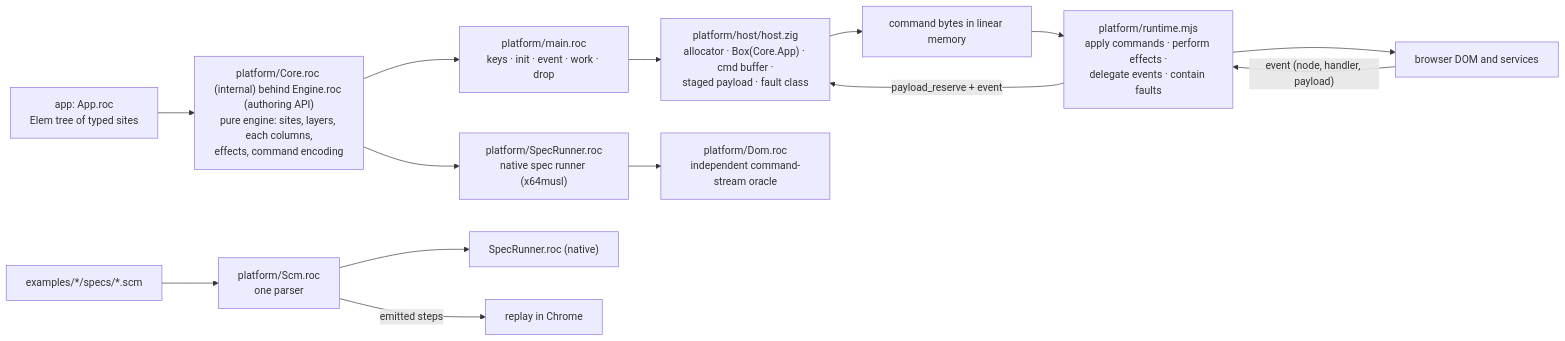
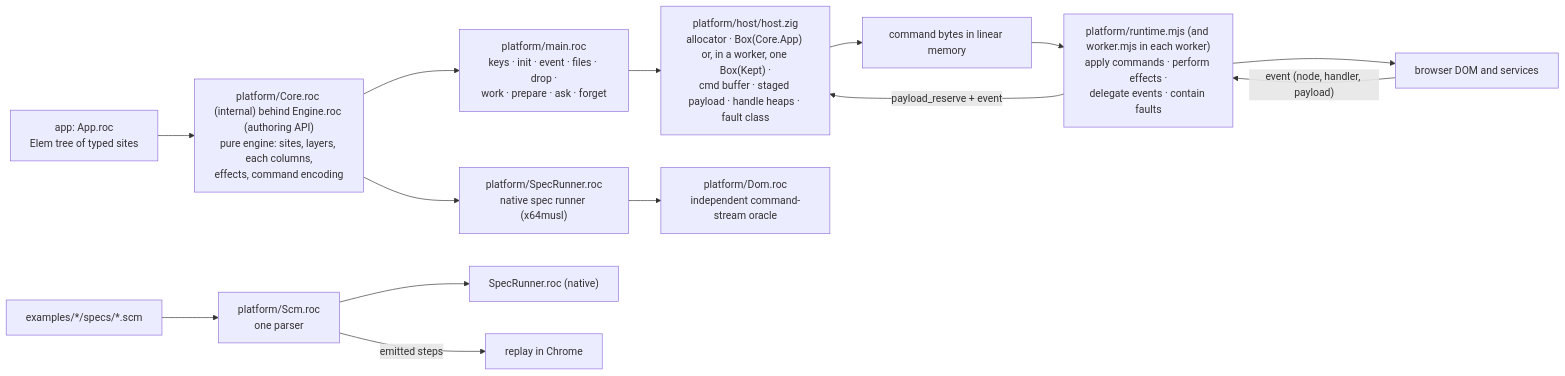
One commit to lukewilliamboswell/roc-signals changed the diagram in design.md. Above: the diagram before and after it, drawn with Mermaid. The commit also changed other lines of this file, not shown here.

First line of the commit message:
Bring design.md up to the worker host

````diff
--- a/design.md
+++ b/design.md
@@ -257,17 +263,17 @@
 ```mermaid
 flowchart LR
     App["app: App.roc<br/>Elem tree of typed sites"] --> Engine["platform/Core.roc (internal) behind Engine.roc (authoring API)<br/>pure engine: sites, layers, each columns,<br/>effects, command encoding"]
-    Engine --> Main["platform/main.roc<br/>keys · init · event · work · drop"]
-    Main --> Host["platform/host/host.zig<br/>allocator · Box(Core.App) · cmd buffer ·<br/>staged payload · fault class"]
+    Engine --> Main["platform/main.roc<br/>keys · init · event · files · drop ·<br/>work · prepare · ask · forget"]
+    Main --> Host["platform/host/host.zig<br/>allocator · Box(Core.App) or, in a worker, one Box(Kept) ·<br/>cmd buffer · staged payload · handle heaps · fault class"]
     Host --> Wire["command bytes in linear memory"]
-    Wire --> JS["platform/runtime.mjs<br/>apply commands · perform effects ·<br/>delegate events · contain faults"]
+    Wire --> JS["platform/runtime.mjs (and worker.mjs in each worker)<br/>apply commands · perform effects ·<br/>delegate events · contain faults"]
     JS --> DOM["browser DOM and services"]
     DOM -->|"event (node, handler, payload)"| JS
     JS -->|"payload_reserve + event"| Host
 
     Engine --> Test["platform/SpecRunner.roc<br/>native spec runner (x64musl)"]
     Test --> Oracle["platform/Dom.roc<br/>independent command-stream oracle"]
     Scm["examples/*/specs/*.scm"] --> Parser["platform/Scm.roc<br/>one parser"]
     Parser --> Native["SpecRunner.roc (native)"]
     Parser -->|"emitted steps"| Browser["replay in Chrome"]
 ```
````
